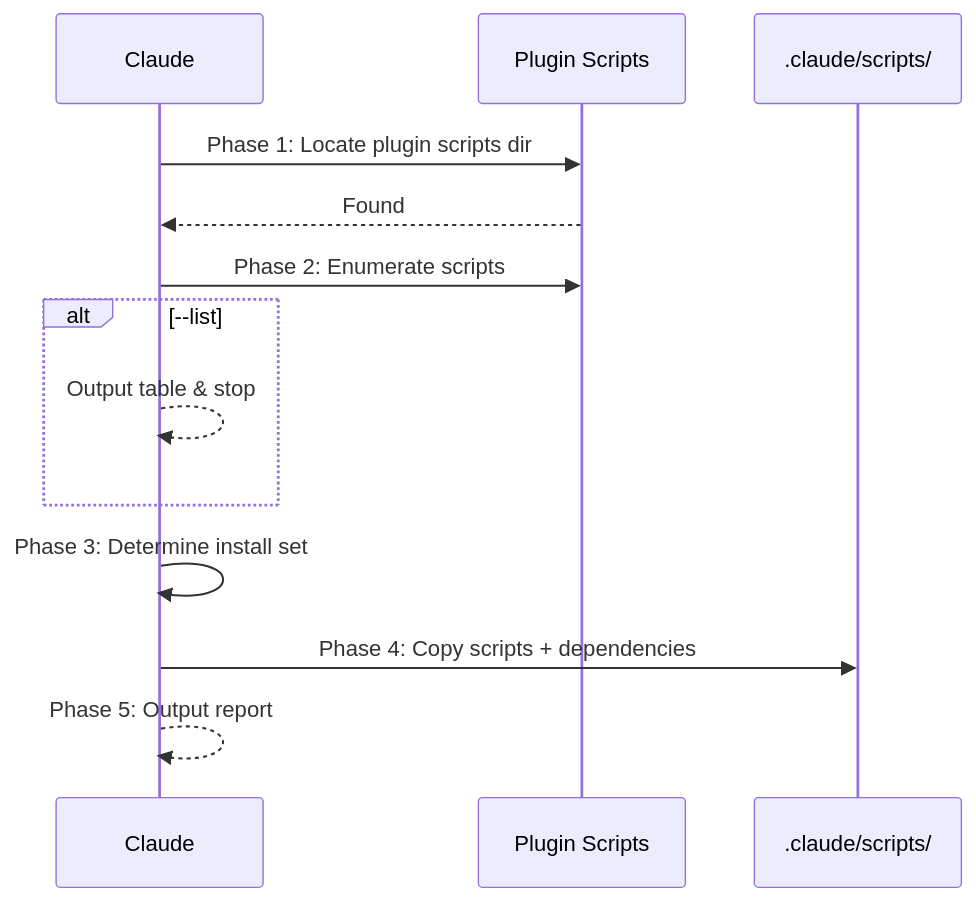
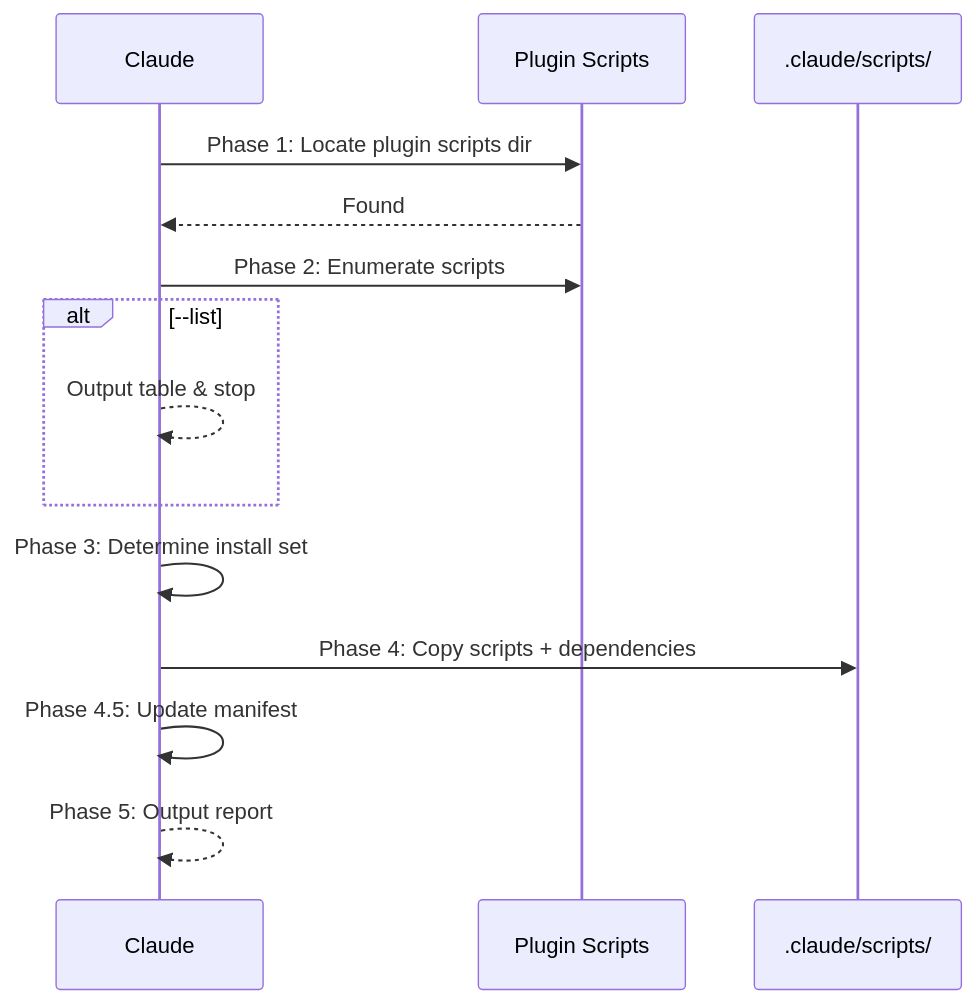
The diagram in commands/install-scripts.md (jupiter-Pulin/Uranus-dev-flow), drawn with Mermaid before and after one commit. The commit also changed other lines of this file and 3 other files, not shown here.

````diff
--- a/commands/install-scripts.md
+++ b/commands/install-scripts.md
@@ -18,16 +18,17 @@
 ```mermaid
 sequenceDiagram
     participant C as Claude
     participant P as Plugin Scripts
     participant S as .claude/scripts/
 
     C->>P: Phase 1: Locate plugin scripts dir
     P-->>C: Found
     C->>P: Phase 2: Enumerate scripts
     alt --list
         C-->>C: Output table & stop
     end
     C->>C: Phase 3: Determine install set
     C->>S: Phase 4: Copy scripts + dependencies
+    C->>C: Phase 4.5: Update manifest
     C-->>C: Phase 5: Output report
 ```
````
